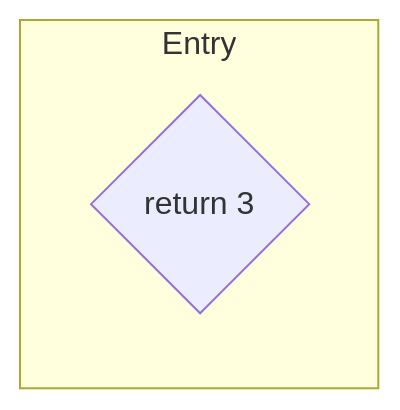
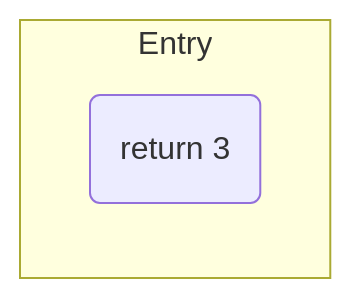
One commit to moosetechnology/moosetechnology.github.io changed diagram 12 of 12 in src/content/docs/developers/fast-cfg.mdx. Above: the diagram before and after it, drawn with Mermaid. The commit also changed other lines of this file and 1 other file, not shown here.

Commit message:
Update graphs to be more explicit

````diff
--- a/src/content/docs/developers/fast-cfg.mdx
+++ b/src/content/docs/developers/fast-cfg.mdx
@@ -619,11 +617,9 @@
 ```mermaid
 flowchart TD
 	subgraph Entry
 		direction TB
-		531223296
+		1
 	end
 
-
-531223296{"return 3 "}
-
+	1("return 3 ")
 ```
````
